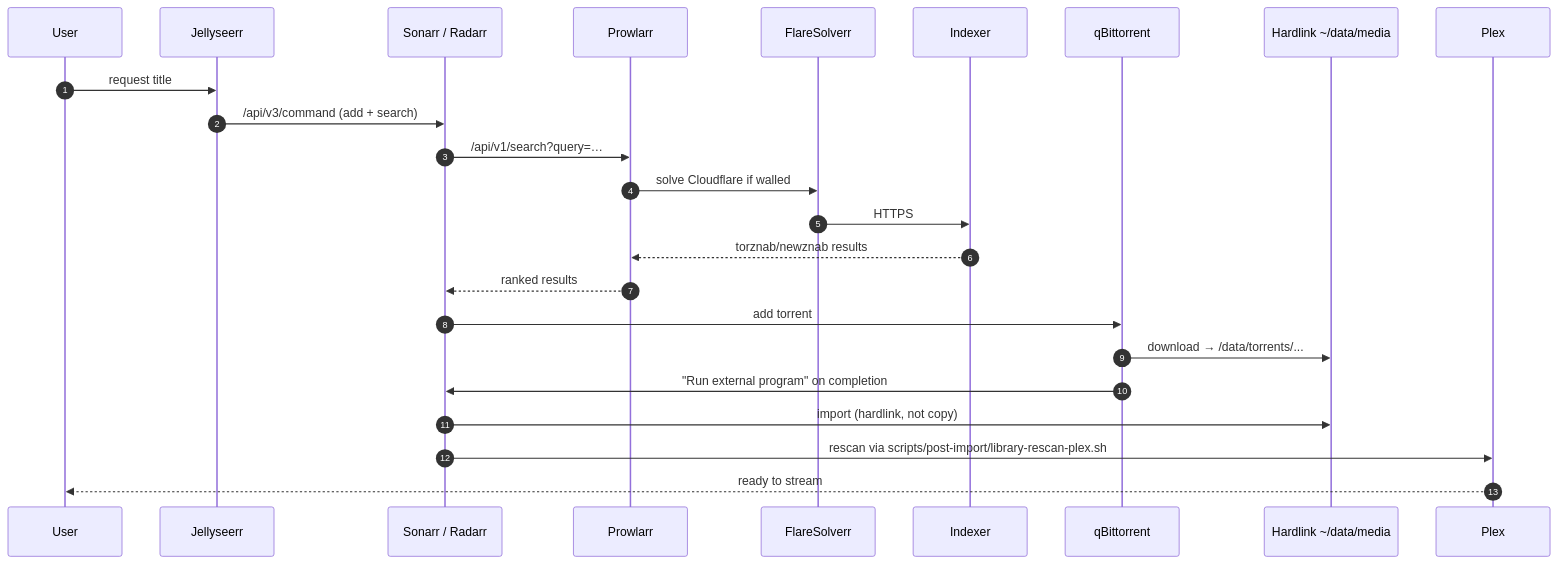
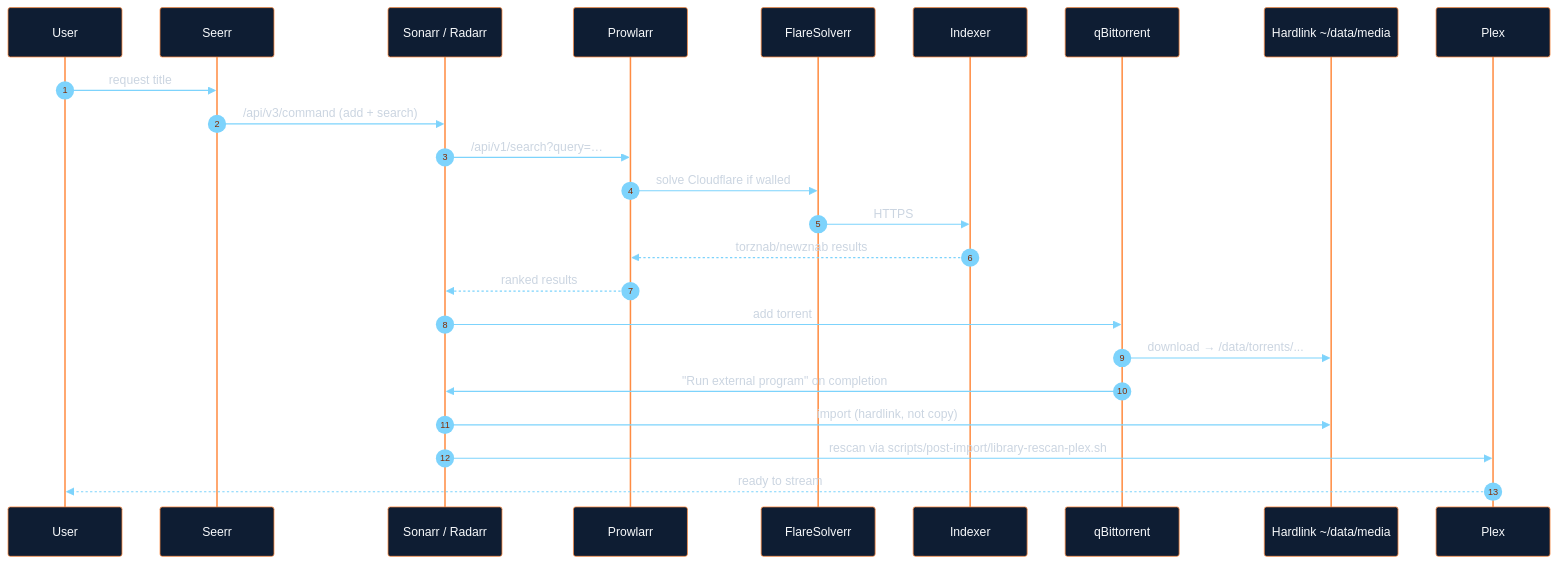
One commit to Quadstronaut/QFlix changed the second of 6 diagrams in README.md. Above: the diagram before and after it, drawn with Mermaid. The commit also changed other lines of this file and 28 other files, not shown here.

````diff
--- a/README.md
+++ b/README.md
@@ -94,26 +118,27 @@
 ```mermaid
+%%{init: {'theme':'base','themeVariables':{'primaryColor':'#0e1d33','primaryTextColor':'#f8fafc','primaryBorderColor':'#ff8c42','lineColor':'#7dd3fc','secondaryColor':'#05101f','tertiaryColor':'#0a1628','actorBkg':'#0e1d33','actorBorder':'#ff8c42','actorTextColor':'#f8fafc','signalColor':'#7dd3fc','signalTextColor':'#cbd5e1','labelBoxBkgColor':'#0e1d33','labelTextColor':'#d4af37','noteBkgColor':'#05101f','noteTextColor':'#cbd5e1'}}}%%
 sequenceDiagram
   autonumber
   participant U as User
-  participant J as Jellyseerr
+  participant J as Seerr
   participant S as Sonarr / Radarr
   participant P as Prowlarr
   participant F as FlareSolverr
   participant I as Indexer
   participant Q as qBittorrent
   participant FS as Hardlink ~/data/media
   participant PX as Plex
   U->>J: request title
   J->>S: /api/v3/command (add + search)
   S->>P: /api/v1/search?query=…
   P->>F: solve Cloudflare if walled
   F->>I: HTTPS
   I-->>P: torznab/newznab results
   P-->>S: ranked results
   S->>Q: add torrent
   Q->>FS: download → /data/torrents/...
   Q->>S: "Run external program" on completion
   S->>FS: import (hardlink, not copy)
   S->>PX: rescan via scripts/post-import/library-rescan-plex.sh
   PX-->>U: ready to stream
 ```
````
